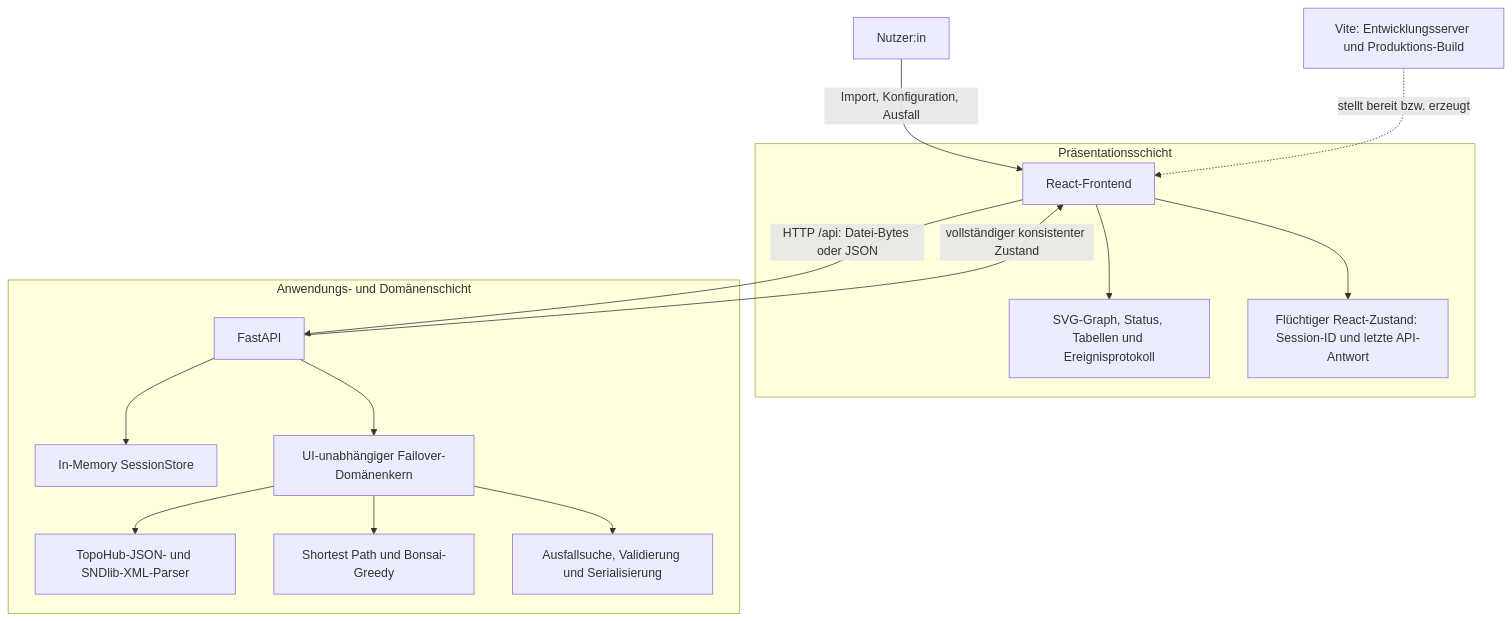
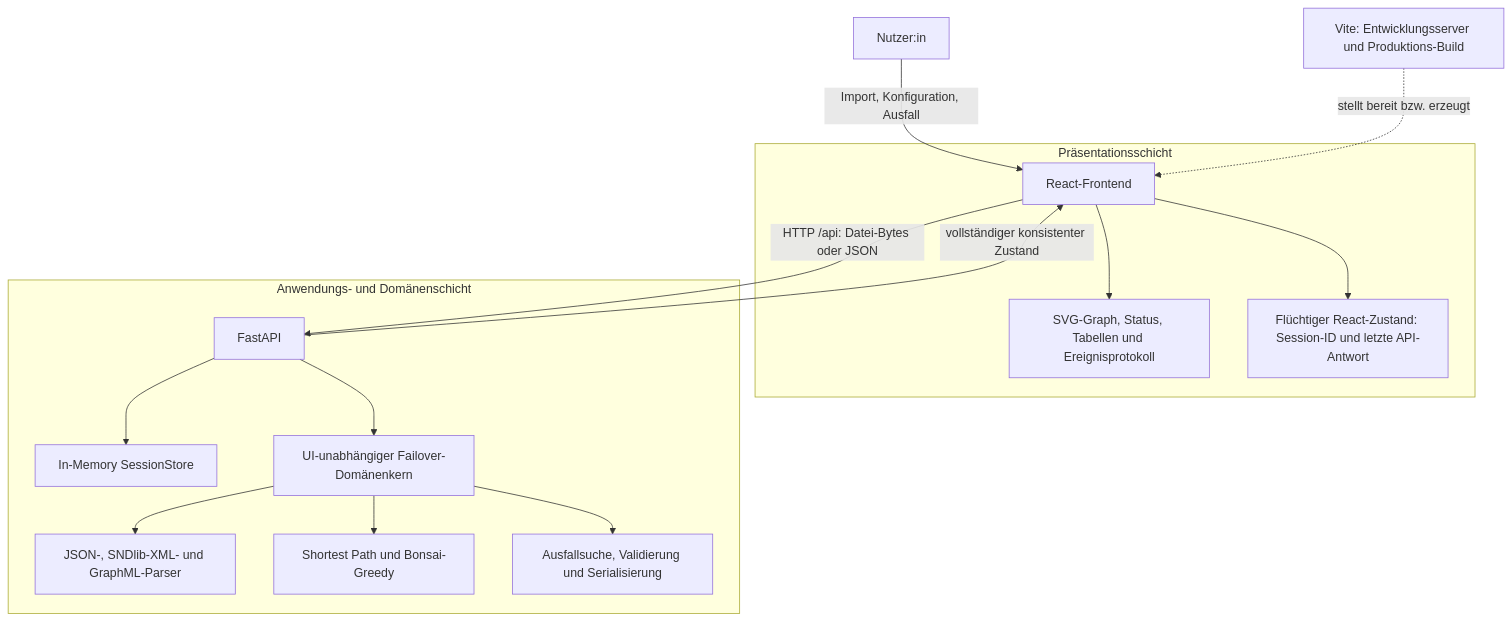
The first of 2 diagrams in ARCHITECTURE.md (sammo3332/routing-simulator-hci-concept), drawn with Mermaid before and after one commit. The commit also changed other lines of this file and 18 other files, not shown here.

Commit message:
feat: add GraphML import and study plan

````diff
--- a/ARCHITECTURE.md
+++ b/ARCHITECTURE.md
@@ -19,22 +19,22 @@
 ```mermaid
 flowchart TB
     U["Nutzer:in"] -->|"Import, Konfiguration, Ausfall"| F["React-Frontend"]
 
     subgraph Browser["Präsentationsschicht"]
         F --> V["SVG-Graph, Status, Tabellen und Ereignisprotokoll"]
         F --> B["Flüchtiger React-Zustand: Session-ID und letzte API-Antwort"]
     end
 
     T["Vite: Entwicklungsserver und Produktions-Build"] -.->|"stellt bereit bzw. erzeugt"| F
     F -->|"HTTP /api: Datei-Bytes oder JSON"| A["FastAPI"]
 
     subgraph Backend["Anwendungs- und Domänenschicht"]
         A --> S["In-Memory SessionStore"]
         A --> C["UI-unabhängiger Failover-Domänenkern"]
-        C --> I["TopoHub-JSON- und SNDlib-XML-Parser"]
+        C --> I["JSON-, SNDlib-XML- und GraphML-Parser"]
         C --> R["Shortest Path und Bonsai-Greedy"]
         C --> X["Ausfallsuche, Validierung und Serialisierung"]
     end
 
     A -->|"vollständiger konsistenter Zustand"| F
 ```
````
